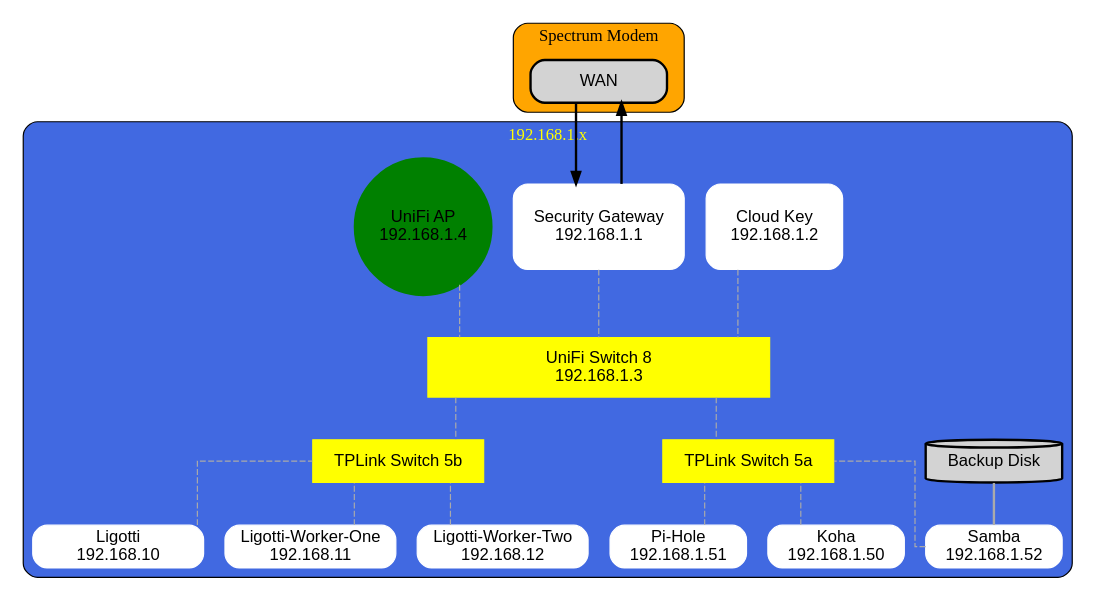
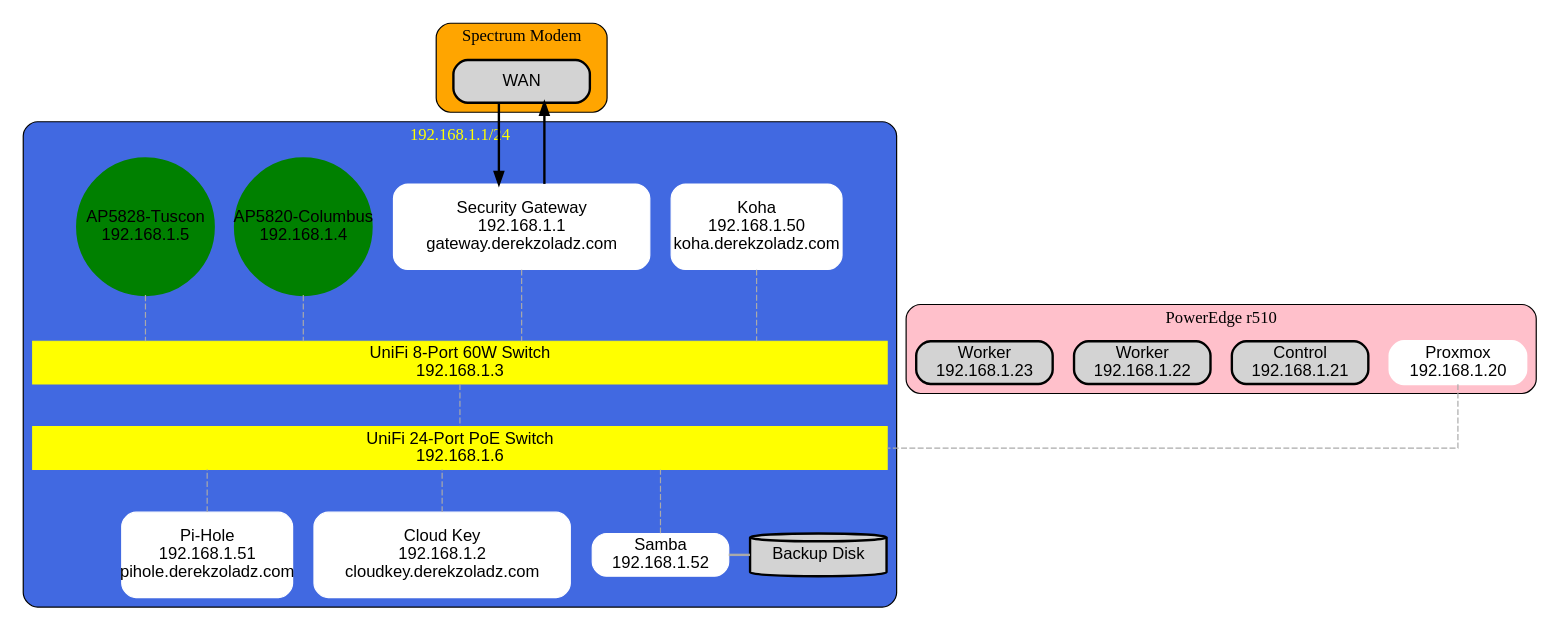
One commit to dzoladz/palimpsest changed the diagram in content/en/docs/laboratory/network/lab_network.dot. Above: the diagram before and after it, drawn with Graphviz. The commit also changed 2 other files, not shown here.

Commit message:
UPDATE: network diagram

```diff
--- a/content/en/docs/laboratory/network/lab_network.dot
+++ b/content/en/docs/laboratory/network/lab_network.dot
@@ -1,120 +1,116 @@
 strict digraph ZoladzLabNetwork
 {
   rankdir=TB;  // graph orientation
   splines=ortho;
   compound=true;
   node  [style="rounded,filled,bold", shape=box, fixedsize=true, width=1.6, fontname="Arial"];
 
 // UTILITY ARCHIVE
 // invisible1[style="invis"];
 // { rank=same; "unknown"; invisible1; invisible2; }
 // https://dreampuf.github.io/GraphvizOnline
 
 
 // Graph Clusters
 // ------------------------------------
   subgraph clusterISP { label="Spectrum Modem"; style="rounded"; bgcolor="orange";
     "WAN"
     }
 
+  subgraph clusterProxmox {label="PowerEdge r510"; style="rounded"; bgcolor="pink"; fontcolor="black";
+    "Proxmox" [label="Proxmox\n192.168.1.20", color="white", fontcolor="black"]
+        "VM1" [label="Control\n192.168.1.21";]
+        "VM2" [label="Worker\n192.168.1.22";]
+        "VM3" [label="Worker\n192.168.1.23";]
+    }
+
 // ------------------------------
-// 192.168.1.x  -- Private Subnet
+// 192.168.1.1/4  -- Private Subnet
 // ------------------------------
-  subgraph clusterNetwork { label="192.168.1.x"; style="rounded"; bgcolor="royalblue"; fontcolor="yellow"; fontsize="14";
+  subgraph clusterNetwork { label="192.168.1.1/24"; style="rounded"; bgcolor="royalblue"; fontcolor="yellow"; fontsize="14";
 
     // -----
     // Nodes
     // -----
 
     // PiHole
-    "Pihole" [style="rounded,filled", label="Pi-Hole\n192.168.1.51", color="white", fontcolor="black"]
+    "Pihole" [style="rounded,filled", label="Pi-Hole\n192.168.1.51\npihole.derekzoladz.com", color="white", fontcolor="black", width="2", height="1"]
 
     //Koha ILS (Dell Laptop)
-    "Koha" [style="rounded,filled", label="Koha\n192.168.1.50", color="white", fontcolor="black"]
+    "Koha" [style="rounded,filled", label="Koha\n192.168.1.50\nkoha.derekzoladz.com", color="white", fontcolor="black", width="2", height="1"]
 
     //UniFi Cloud Key Plus 2
-    "Cloud Key" [style="rounded,filled", label="Cloud Key\n192.168.1.2", color="white", fontcolor="black", height="1"]
+    "Cloud Key" [style="rounded,filled", label="Cloud Key\n192.168.1.2\ncloudkey.derekzoladz.com", color="white", fontcolor="black", height="1", width="3"]
 
     //UniFi Security Gateway
-    "Security Gateway" [style="rounded,filled", label="Security Gateway\n192.168.1.1", color="white", fontcolor="black", width="2", height="1"]
+    "Security Gateway" [style="rounded,filled", label="Security Gateway\n192.168.1.1\ngateway.derekzoladz.com", color="white", fontcolor="black", width="3", height="1"]
 
     // Samba Backups (Time Machine)
     "Samba" [style="rounded,filled", label="Samba\n192.168.1.52", color="white", fontcolor="black"]
     "Backup Disk" [shape=cylinder];
 
-    // Ligotti - Raspberry Pi 4, Model B, Distributed Compute Cluster
-    "Ligotti" [style="rounded,filled", label="Ligotti\n192.168.10", color="white", fontcolor="black", width="2"]
-    "Ligotti-Worker-One" [style="rounded,filled", label="Ligotti-Worker-One\n192.168.11", color="white", fontcolor="black", width="2"]
-    "Ligotti-Worker-Two" [style="rounded,filled", label="Ligotti-Worker-Two\n192.168.12", color="white", fontcolor="black", width="2"]
-
-
     // --------
     // Switches
     // --------
-    "TPLink Switch 5a" [style="box,filled", color="yellow", fontcolor="black", width="2"]
-    "TPLink Switch 5b" [style="box,filled", color="yellow", fontcolor="black", width="2"]
-    "UniFi Switch 8" [style="box,filled", label="UniFi Switch 8\n192.168.1.3", color="yellow", fontcolor="black", width="4", height=".7"]
+    "UniFi 8-Port 60W Switch" [style="box,filled", label="UniFi 8-Port 60W Switch\n192.168.1.3", color="yellow", fontcolor="black", width="10", height=".5"]
+    "UniFi 24-Port PoE Switch" [style="box,filled", label="UniFi 24-Port PoE Switch\n192.168.1.6", color="yellow", fontcolor="black", width="10", height=".5"]
 
 
     // -------------
     // Access Points
     // -------------
-    "UniFi AP" [shape="circle", label="UniFi AP\n192.168.1.4", color="green"]
+    "UniFi AC LR" [shape="circle", label="AP5820-Columbus\n192.168.1.4", color="green"]
+    "UniFi AC Pro" [shape="circle", label="AP5828-Tuscon\n192.168.1.5", color="green"]
+
 
     // -------------------------
     // Graph: Visual Orientation
     // -------------------------
     // INVISIBLE NODES
-    "inv1" [style="invis"]
+    // "inv1" [style="invis"]
     // RANK
-    { rank=max; "Samba", "Koha", "Pihole" }
     { rank=min; "Security Gateway", "WAN" }
-    { rank=same; "UniFi AP", "Cloud Key" }
-    { rank=same; "UniFi Switch 8" }
-    { rank=max; "Ligotti", "Ligotti-Worker-One", "Ligotti-Worker-Two" }
-    { rank=same; "TPLink Switch 5a", "TPLink Switch 5b" }
+    { rank=same; "UniFi AC LR", "UniFi AC Pro", "Koha" }
+    { rank=same; "UniFi 8-Port 60W Switch" }
+    { rank=same; "UniFi 24-Port PoE Switch" }
+    { rank=max; "Samba", "Pihole", "Cloud Key", "Backup Disk" }
 
 
   }
-
-    // ---------
-    // DHCP Pool
-    // ---------
-    // subgraph clusterDHCPpool { label="DHCP Pool\n192.168.1.x"; style="rounded"; bgcolor="white"; fontcolor="black";
-    //    DCHP [style=box, shape=plaintext, label="PS4\niPads\niPhones\nSamsung TV\nMacBooks\nApple TV\nApple Watch", height=2];
-    // }
-
 
 
 // EDGES
 // ------------------------------------
 
   // ----------
   // Bold Edges
   // ----------
   edge  [style=bold, fontname="Arial", weight=100]
     "WAN" -> "Security Gateway";
     "Security Gateway" -> "WAN";
 
   // ------------
   // Dotted Edges
   // ------------
   edge [color="#aaaaaa", weight=1]
-     "UniFi AP" -> "UniFi Switch 8" [style="dashed", arrowhead=both];
-     "Cloud Key" -> "UniFi Switch 8" [style="dashed", arrowhead=none];
-     "UniFi Switch 8" -> "TPLink Switch 5a" [style="dashed", arrowhead=none];
-     "Koha" -> "TPLink Switch 5a" [style="dashed", arrowhead=none];
-     "Pihole" -> "TPLink Switch 5a" [style="dashed", arrowhead=none];
-     "Samba" -> "TPLink Switch 5a" [style="dashed", arrowhead=none];
-     "Security Gateway" -> "UniFi Switch 8" [style="dashed", arrowhead=none];
-     "UniFi Switch 8" -> "TPLink Switch 5b" [style="dashed", arrowhead=none];
-     "Ligotti" -> "TPLink Switch 5b" [style="dashed", arrowhead=none];
-     "Ligotti-Worker-One" -> "TPLink Switch 5b" [style="dashed", arrowhead=none];
-     "Ligotti-Worker-Two" -> "TPLink Switch 5b" [style="dashed", arrowhead=none];
+     // --- 8-Port Switch ---
+     "Security Gateway" -> "UniFi 8-Port 60W Switch" [style="dashed", arrowhead=none];
+     "UniFi AC LR" -> "UniFi 8-Port 60W Switch" [style="dashed", arrowhead=both];
+     "UniFi AC Pro" -> "UniFi 8-Port 60W Switch" [style="dashed", arrowhead=both];
+     "Koha" -> "UniFi 8-Port 60W Switch" [style="dashed", arrowhead=none];
+     // --- Switch Handoff ---
+     "UniFi 8-Port 60W Switch" -> "UniFi 24-Port PoE Switch" [style="dashed", arrowhead=none];
+     // --- 24-Port Switch ---
+     "Cloud Key" -> "UniFi 24-Port PoE Switch" [style="dashed", arrowhead=none];
+     "Pihole" -> "UniFi 24-Port PoE Switch" [style="dashed", arrowhead=none];
+     "Samba" -> "UniFi 24-Port PoE Switch" [style="dashed", arrowhead=none];
+     //
+     "Proxmox" -> "UniFi 24-Port PoE Switch" [style="dashed", arrowhead=none];
+
 
   // ----------
   // Thin Edges
   // ----------
   edge  [color="#aaaaaa", weight=1]
     "Samba" -> "Backup Disk" [arrowhead=none];
 }
```
